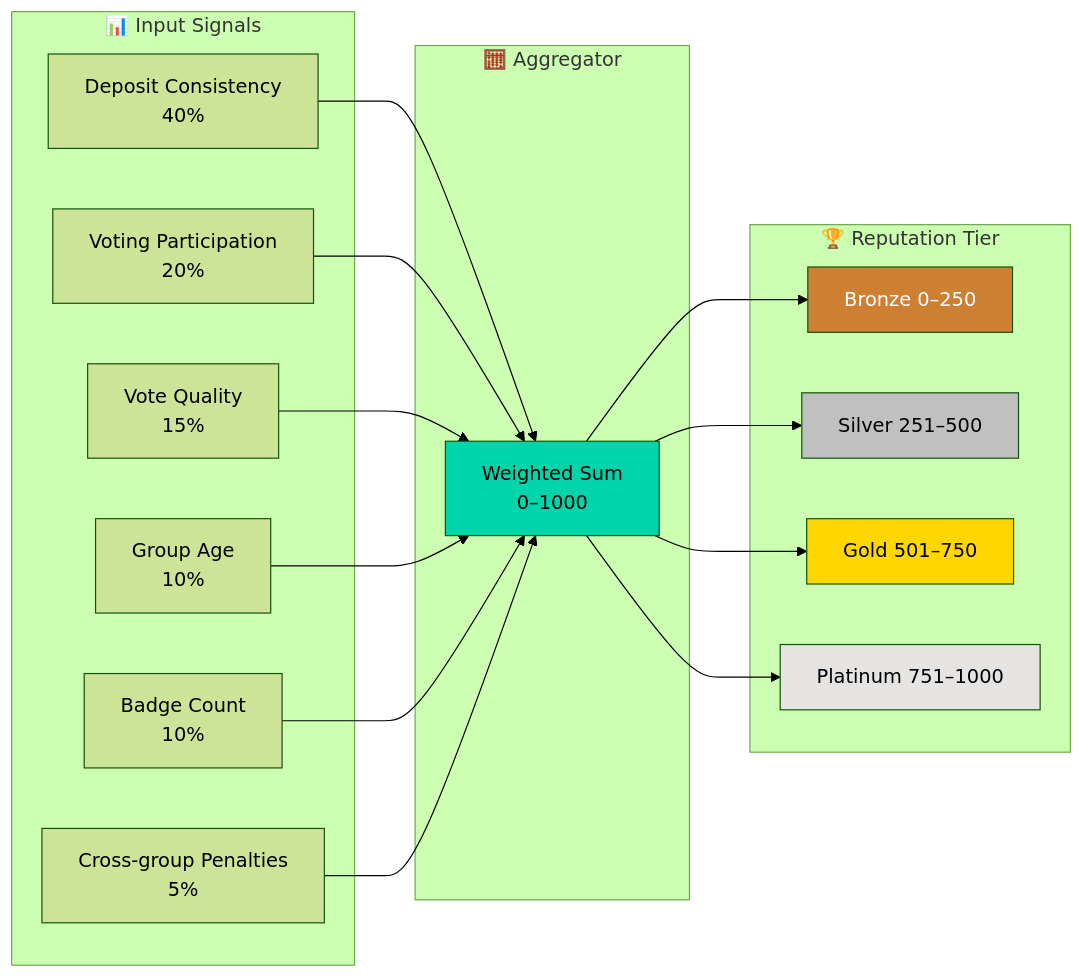
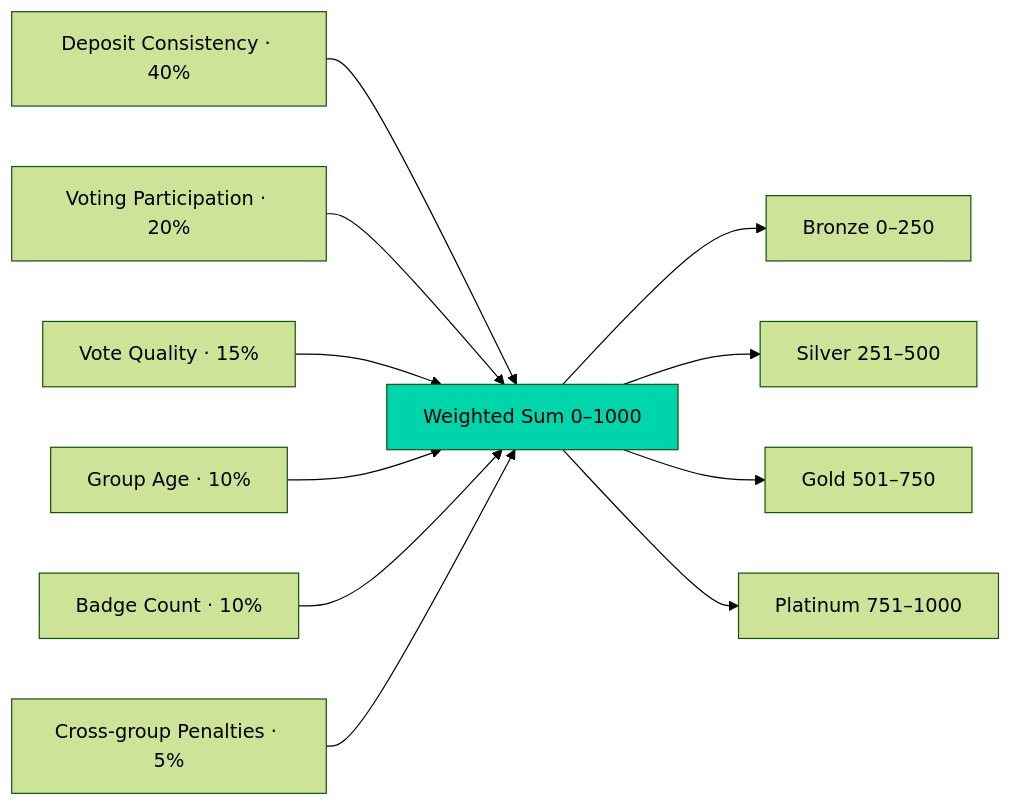
Before and after one commit to EzraNahumury/auralis: the fifth of 7 diagrams in README.md, drawn with Mermaid (forest theme). The commit also changed other lines of this file, not shown here.

````diff
--- a/README.md
+++ b/README.md
@@ -394,37 +331,15 @@
 ```mermaid
 flowchart LR
-    subgraph Inputs["📊 Input Signals"]
-        D[Deposit Consistency<br/>40%]
-        V[Voting Participation<br/>20%]
-        Q[Vote Quality<br/>15%]
-        A[Group Age<br/>10%]
-        B[Badge Count<br/>10%]
-        P[Cross-group Penalties<br/>5%]
-    end
-
-    subgraph Calc["🧮 Aggregator"]
-        SUM[Weighted Sum<br/>0–1000]
-    end
-
-    subgraph Output["🏆 Reputation Tier"]
-        T1[Bronze 0–250]
-        T2[Silver 251–500]
-        T3[Gold 501–750]
-        T4[Platinum 751–1000]
-    end
-
-    D --> SUM
-    V --> SUM
-    Q --> SUM
-    A --> SUM
-    B --> SUM
-    P --> SUM
-
-    SUM --> T1 & T2 & T3 & T4
+    D[Deposit Consistency · 40%] --> SUM
+    V[Voting Participation · 20%] --> SUM
+    Q[Vote Quality · 15%] --> SUM
+    A[Group Age · 10%] --> SUM
+    B[Badge Count · 10%] --> SUM
+    P[Cross-group Penalties · 5%] --> SUM
+    SUM[Weighted Sum 0–1000] --> T1[Bronze 0–250]
+    SUM --> T2[Silver 251–500]
+    SUM --> T3[Gold 501–750]
+    SUM --> T4[Platinum 751–1000]
 
     style SUM fill:#00d4aa,color:#000
-    style T4 fill:#e5e4e2,color:#000
-    style T3 fill:#ffd700,color:#000
-    style T2 fill:#c0c0c0,color:#000
-    style T1 fill:#cd7f32,color:#fff
 ```
````
